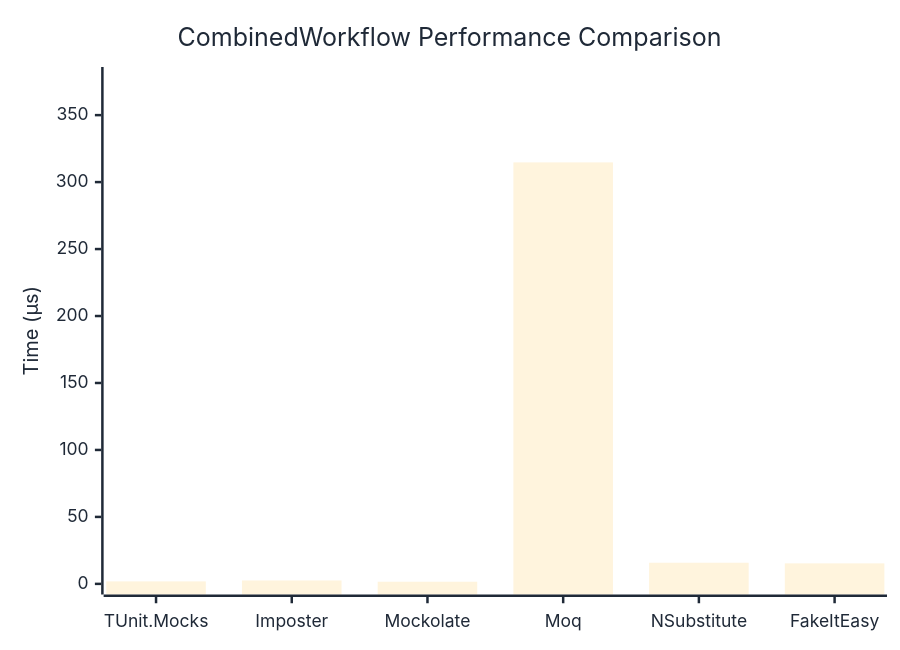
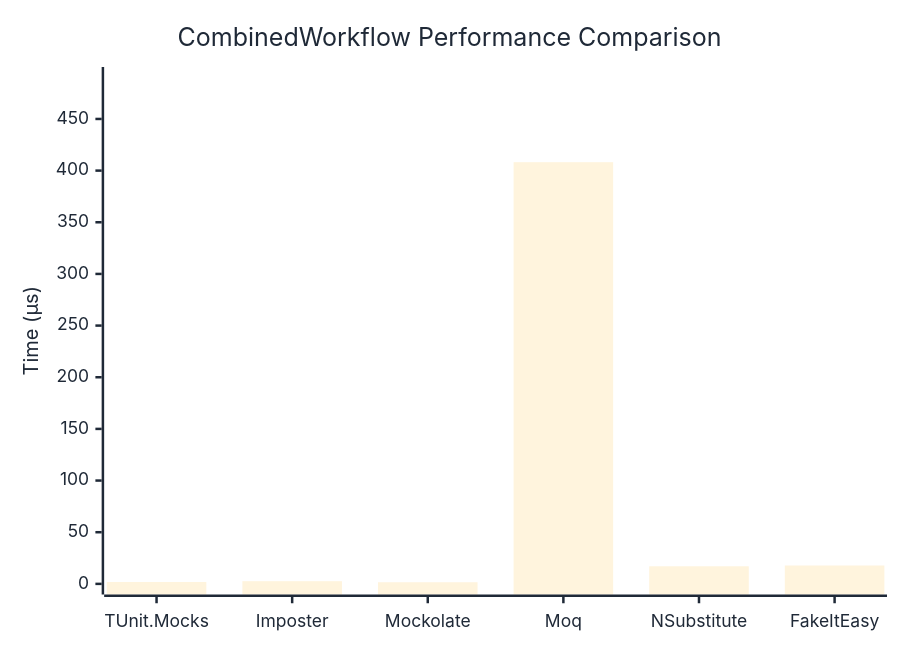
One commit to thomhurst/TUnit changed the diagram in docs/docs/benchmarks/mocks/CombinedWorkflow.md. Above: the diagram before and after it, drawn with Mermaid. The commit also changed other lines of this file and 14 other files, not shown here.

````diff
--- a/docs/docs/benchmarks/mocks/CombinedWorkflow.md
+++ b/docs/docs/benchmarks/mocks/CombinedWorkflow.md
@@ -30,27 +30,27 @@
 ```mermaid
 %%{init: {
   'theme':'base',
   'themeVariables': {
     'primaryColor': '#2563eb',
     'primaryTextColor': '#1f2937',
     'primaryBorderColor': '#1e40af',
     'lineColor': '#6b7280',
     'secondaryColor': '#7c3aed',
     'tertiaryColor': '#dc2626',
     'background': '#ffffff',
     'pie1': '#2563eb',
     'pie2': '#7c3aed',
     'pie3': '#dc2626',
     'pie4': '#f59e0b',
     'pie5': '#10b981',
     'pie6': '#06b6d4',
     'pie7': '#ec4899',
     'pie8': '#6366f1'
   }
 }}%%
 xychart-beta
   title "CombinedWorkflow Performance Comparison"
   x-axis ["TUnit.Mocks", "Imposter", "Mockolate", "Moq", "NSubstitute", "FakeItEasy"]
-  y-axis "Time (μs)" 0 --> 378
-  bar [1.853, 2.547, 1.596, 314.705, 15.788, 15.324]
+  y-axis "Time (μs)" 0 --> 490
+  bar [1.812, 2.606, 1.58, 408.155, 17.021, 17.792]
 ```
````
